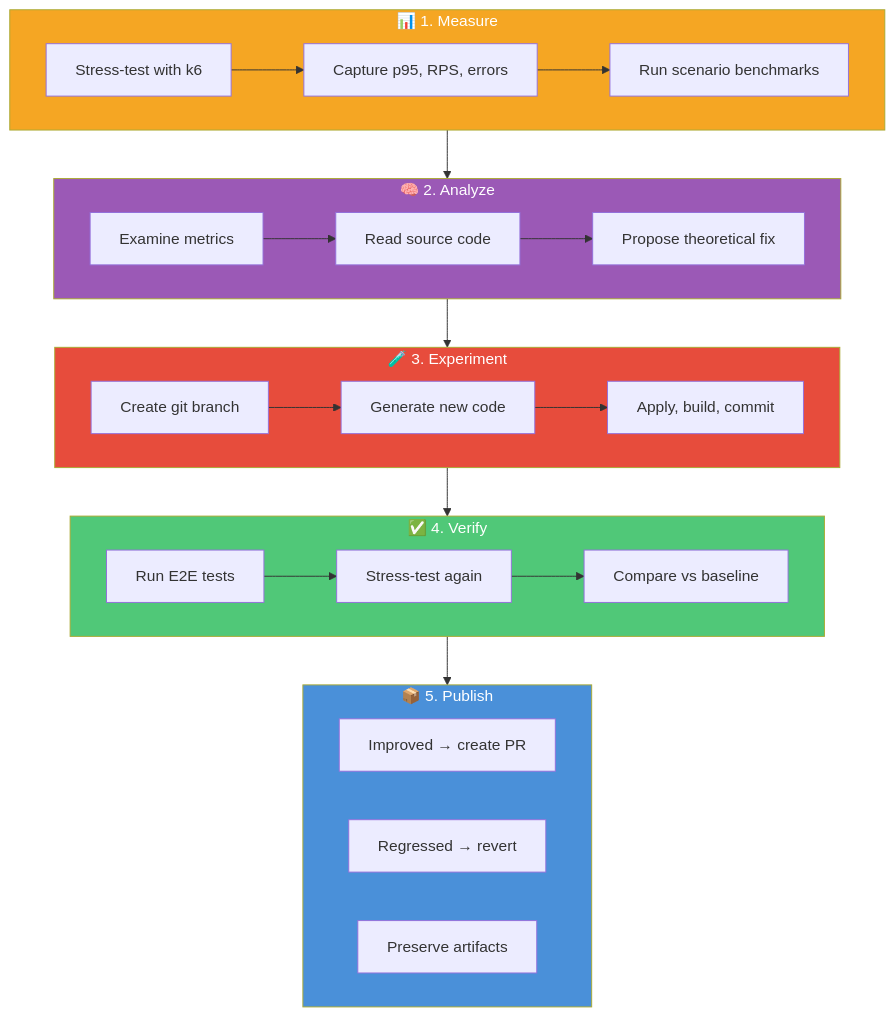
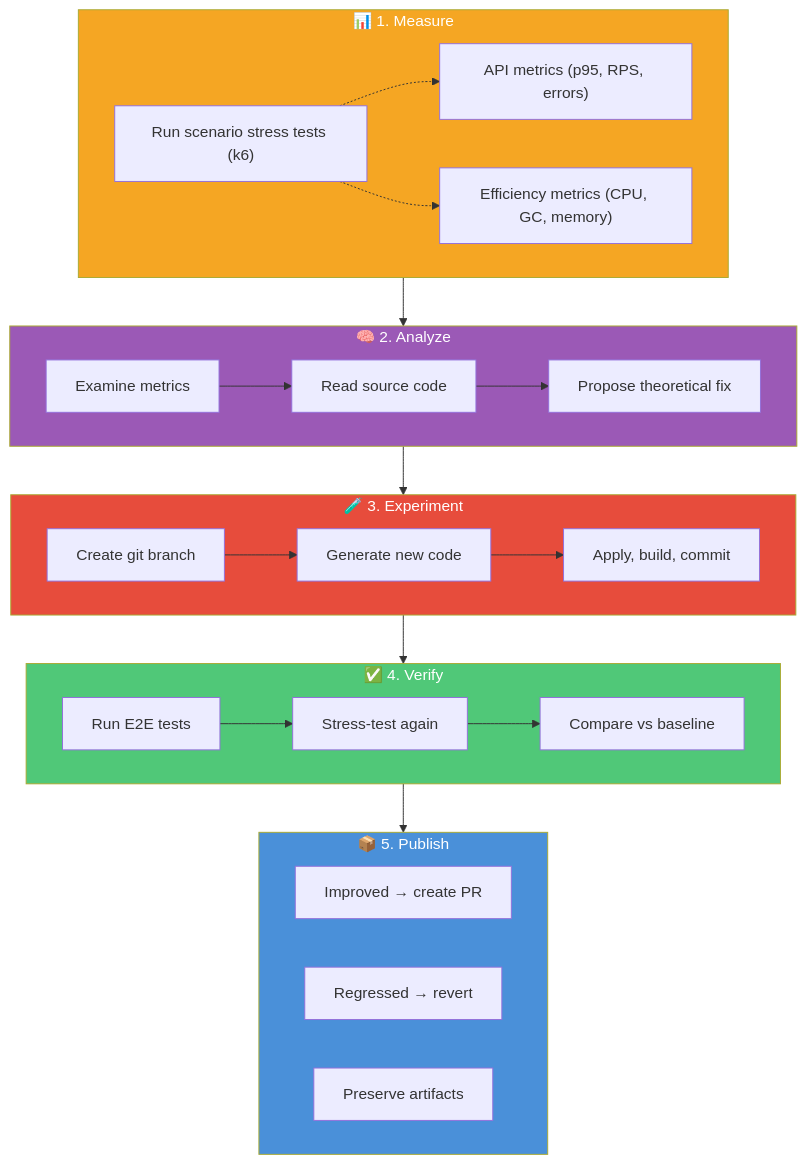
The first of 2 diagrams in docs/architecture.md (J-Bax/Hone), drawn with Mermaid before and after one commit.

Commit message:
docs: redesign Measure subgraph  stress tests with dotted links to metrics

````diff
--- a/docs/architecture.md
+++ b/docs/architecture.md
@@ -25,44 +25,45 @@
 ```mermaid
 flowchart TD
     subgraph MEASURE["📊 1. Measure"]
-        M1["Stress-test with k6"]
-        M2["Capture p95, RPS, errors"]
-        M3["Run scenario benchmarks"]
-        M1 --> M2 --> M3
+        M1["Run scenario stress tests (k6)"]
+        M2["API metrics (p95, RPS, errors)"]
+        M3["Efficiency metrics (CPU, GC, memory)"]
+        M1 -.-> M2
+        M1 -.-> M3
     end
 
     subgraph ANALYZE["🧠 2. Analyze"]
         A1["Examine metrics"]
         A2["Read source code"]
         A3["Propose theoretical fix"]
         A1 --> A2 --> A3
     end
 
     subgraph EXPERIMENT["🧪 3. Experiment"]
         E1["Create git branch"]
         E2["Generate new code"]
         E3["Apply, build, commit"]
         E1 --> E2 --> E3
     end
 
     subgraph VERIFY["✅ 4. Verify"]
         V1["Run E2E tests"]
         V2["Stress-test again"]
         V3["Compare vs baseline"]
         V1 --> V2 --> V3
     end
 
     subgraph PUBLISH["📦 5. Publish"]
         P1["Improved → create PR"]
         P2["Regressed → revert"]
         P3["Preserve artifacts"]
     end
 
     MEASURE --> ANALYZE --> EXPERIMENT --> VERIFY --> PUBLISH
 
     style MEASURE fill:#f5a623,color:#fff
     style ANALYZE fill:#9b59b6,color:#fff
     style EXPERIMENT fill:#e74c3c,color:#fff
     style VERIFY fill:#50c878,color:#fff
     style PUBLISH fill:#4a90d9,color:#fff
 ```
````
